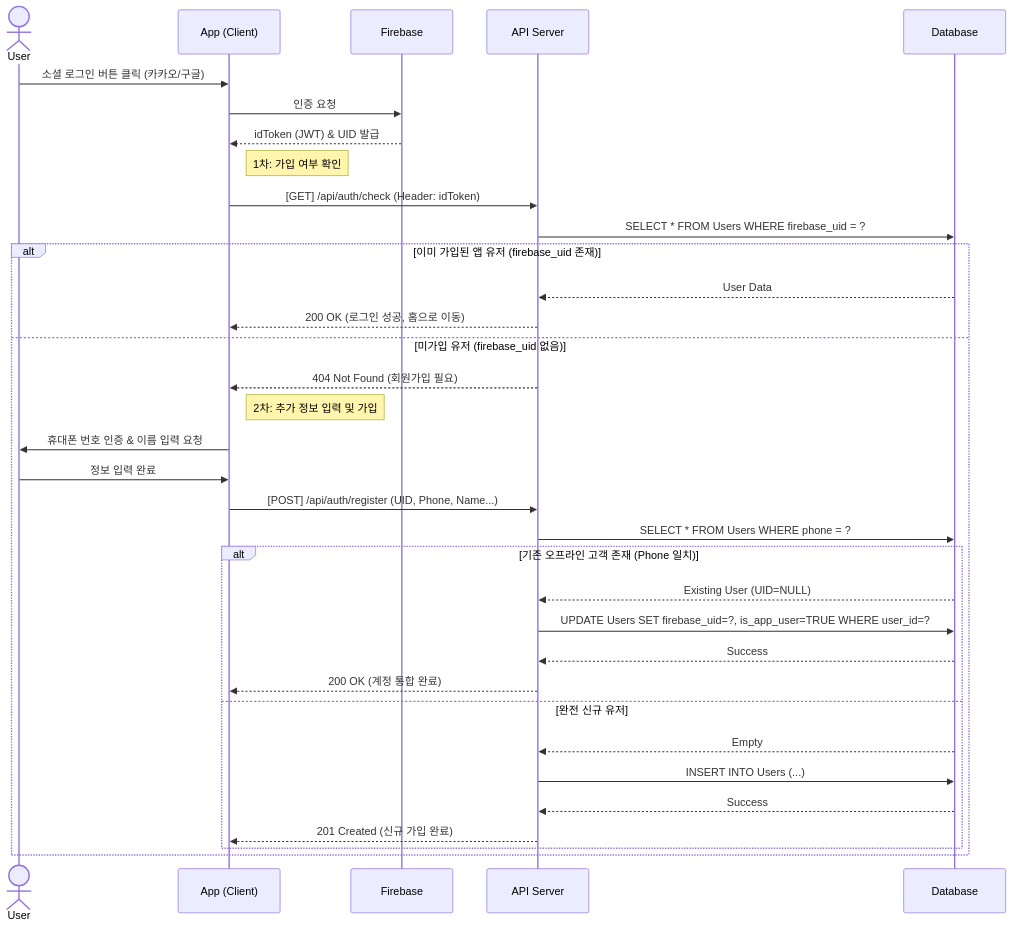
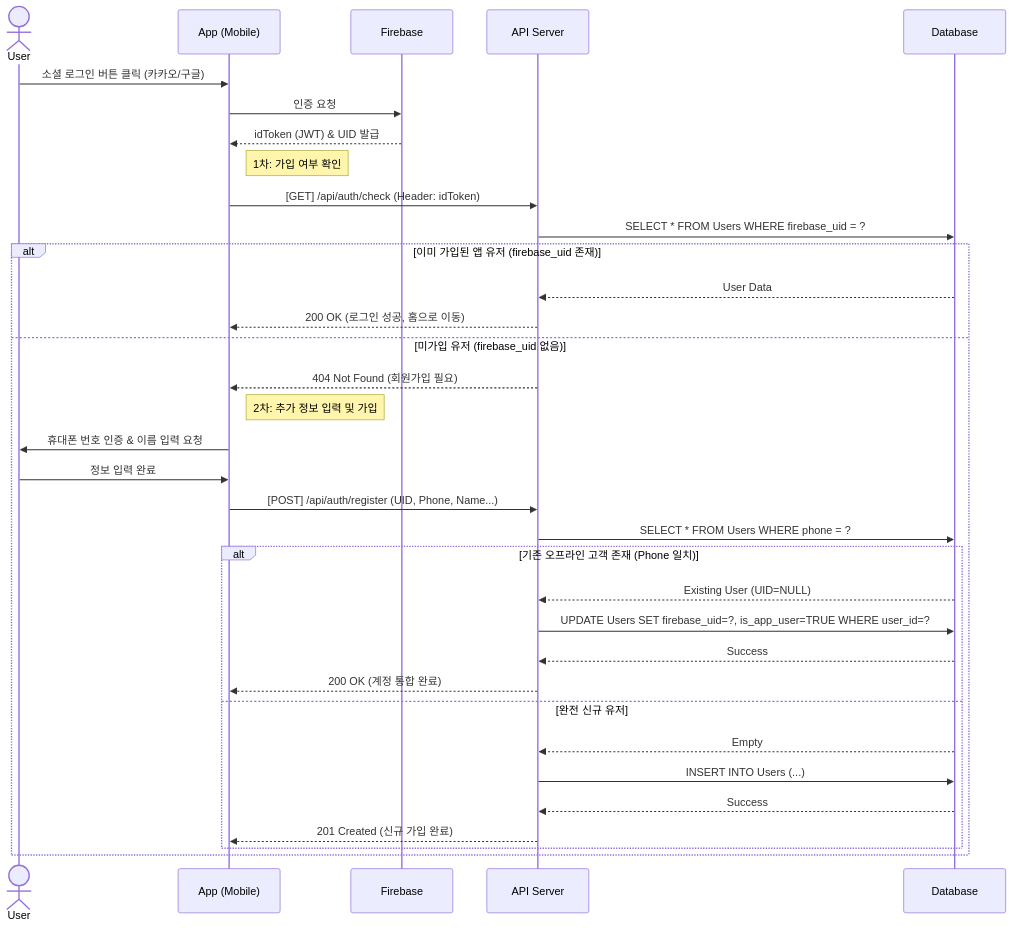
One commit to jyh4779/salon_server changed the second of 4 diagrams in docs/03_SEQUENCE_FLOW.md. Above: the diagram before and after it, drawn with Mermaid. The commit also changed other lines of this file and 44 other files, not shown here.

````diff
--- a/docs/03_SEQUENCE_FLOW.md
+++ b/docs/03_SEQUENCE_FLOW.md
@@ -8,42 +40,42 @@
 ```mermaid
 sequenceDiagram
     actor User
-    participant App as App (Client)
+    participant App as App (Mobile)
     participant Firebase
     participant Server as API Server
     participant DB as Database
 
     User->>App: 소셜 로그인 버튼 클릭 (카카오/구글)
     App->>Firebase: 인증 요청
     Firebase-->>App: idToken (JWT) & UID 발급
     
     Note right of App: 1차: 가입 여부 확인
     App->>Server: [GET] /api/auth/check (Header: idToken)
     Server->>DB: SELECT * FROM Users WHERE firebase_uid = ?
     
     alt 이미 가입된 앱 유저 (firebase_uid 존재)
         DB-->>Server: User Data
         Server-->>App: 200 OK (로그인 성공, 홈으로 이동)
     else 미가입 유저 (firebase_uid 없음)
         Server-->>App: 404 Not Found (회원가입 필요)
         
         Note right of App: 2차: 추가 정보 입력 및 가입
         App->>User: 휴대폰 번호 인증 & 이름 입력 요청
         User->>App: 정보 입력 완료
         App->>Server: [POST] /api/auth/register (UID, Phone, Name...)
         
         Server->>DB: SELECT * FROM Users WHERE phone = ?
         
         alt 기존 오프라인 고객 존재 (Phone 일치)
             DB-->>Server: Existing User (UID=NULL)
             Server->>DB: UPDATE Users SET firebase_uid=?, is_app_user=TRUE WHERE user_id=?
             DB-->>Server: Success
             Server-->>App: 200 OK (계정 통합 완료)
         else 완전 신규 유저
             DB-->>Server: Empty
             Server->>DB: INSERT INTO Users (...)
             DB-->>Server: Success
             Server-->>App: 201 Created (신규 가입 완료)
         end
     end
 ```
````
